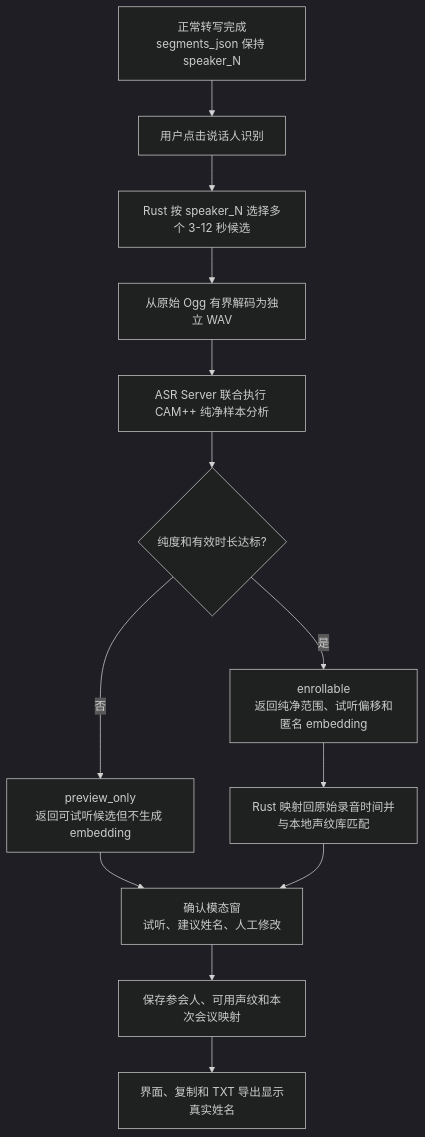
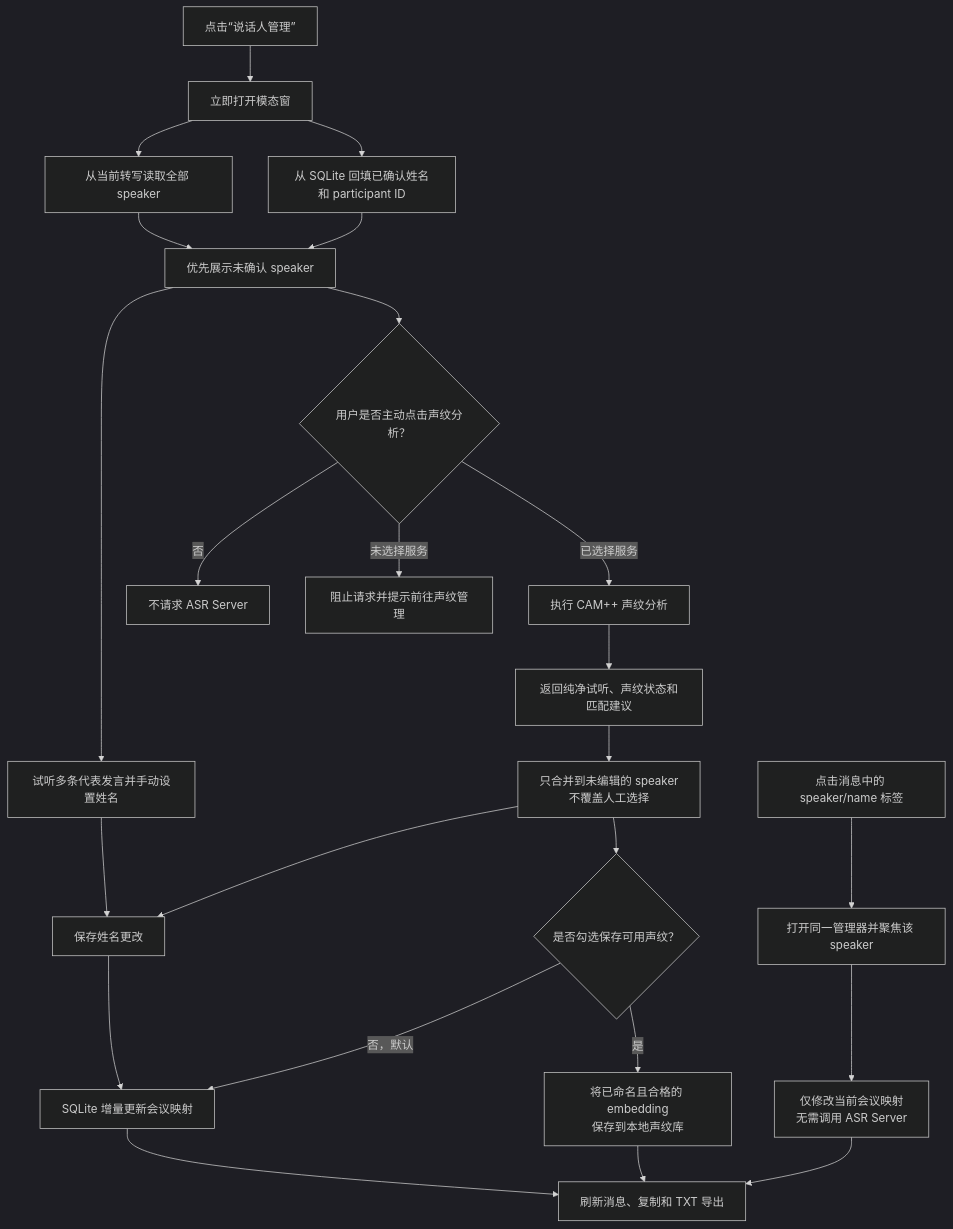
Before and after one commit to kwp-lab/nota: the first of 2 diagrams in docs/speaker-identification.md, drawn with Mermaid (dark theme). The commit also changed other lines of this file and 24 other files, not shown here.

````diff
--- a/docs/speaker-identification.md
+++ b/docs/speaker-identification.md
@@ -13,15 +13,29 @@
 ```mermaid
 flowchart TD
-    A["正常转写完成<br/>segments_json 保持 speaker_N"] --> B["用户点击说话人识别"]
-    B --> C["Rust 按 speaker_N 选择多个 3-12 秒候选"]
-    C --> D["从原始 Ogg 有界解码为独立 WAV"]
-    D --> E["ASR Server 联合执行 CAM++ 纯净样本分析"]
-    E --> F{"纯度和有效时长达标?"}
-    F -- "否" --> G["preview_only<br/>返回可试听候选但不生成 embedding"]
-    F -- "是" --> H["enrollable<br/>返回纯净范围、试听偏移和匿名 embedding"]
-    H --> I["Rust 映射回原始录音时间并与本地声纹库匹配"]
-    G --> J["确认模态窗<br/>试听、建议姓名、人工修改"]
-    I --> J
-    J --> K["保存参会人、可用声纹和本次会议映射"]
-    K --> L["界面、复制和 TXT 导出显示真实姓名"]
+    A["点击“说话人管理”"] --> B["立即打开模态窗"]
+    B --> C["从当前转写读取全部 speaker"]
+    B --> D["从 SQLite 回填已确认姓名和 participant ID"]
+    C --> E["优先展示未确认 speaker"]
+    D --> E
+
+    E --> F["试听多条代表发言并手动设置姓名"]
+    E --> G{"用户是否主动点击声纹分析？"}
+    G -->|"否"| H["不请求 ASR Server"]
+    G -->|"未选择服务"| I["阻止请求并提示前往声纹管理"]
+    G -->|"已选择服务"| J["执行 CAM++ 声纹分析"]
+    J --> K["返回纯净试听、声纹状态和匹配建议"]
+    K --> L["只合并到未编辑的 speaker<br/>不覆盖人工选择"]
+
+    F --> M["保存姓名更改"]
+    L --> M
+    M --> N["SQLite 增量更新会议映射"]
+    L --> O{"是否勾选保存可用声纹？"}
+    O -->|"否，默认"| N
+    O -->|"是"| P["将已命名且合格的 embedding<br/>保存到本地声纹库"]
+    N --> Q["刷新消息、复制和 TXT 导出"]
+    P --> Q
+
+    R["点击消息中的 speaker/name 标签"] --> S["打开同一管理器并聚焦该 speaker"]
+    S --> T["仅修改当前会议映射<br/>无需调用 ASR Server"]
+    T --> Q
 ```
````
